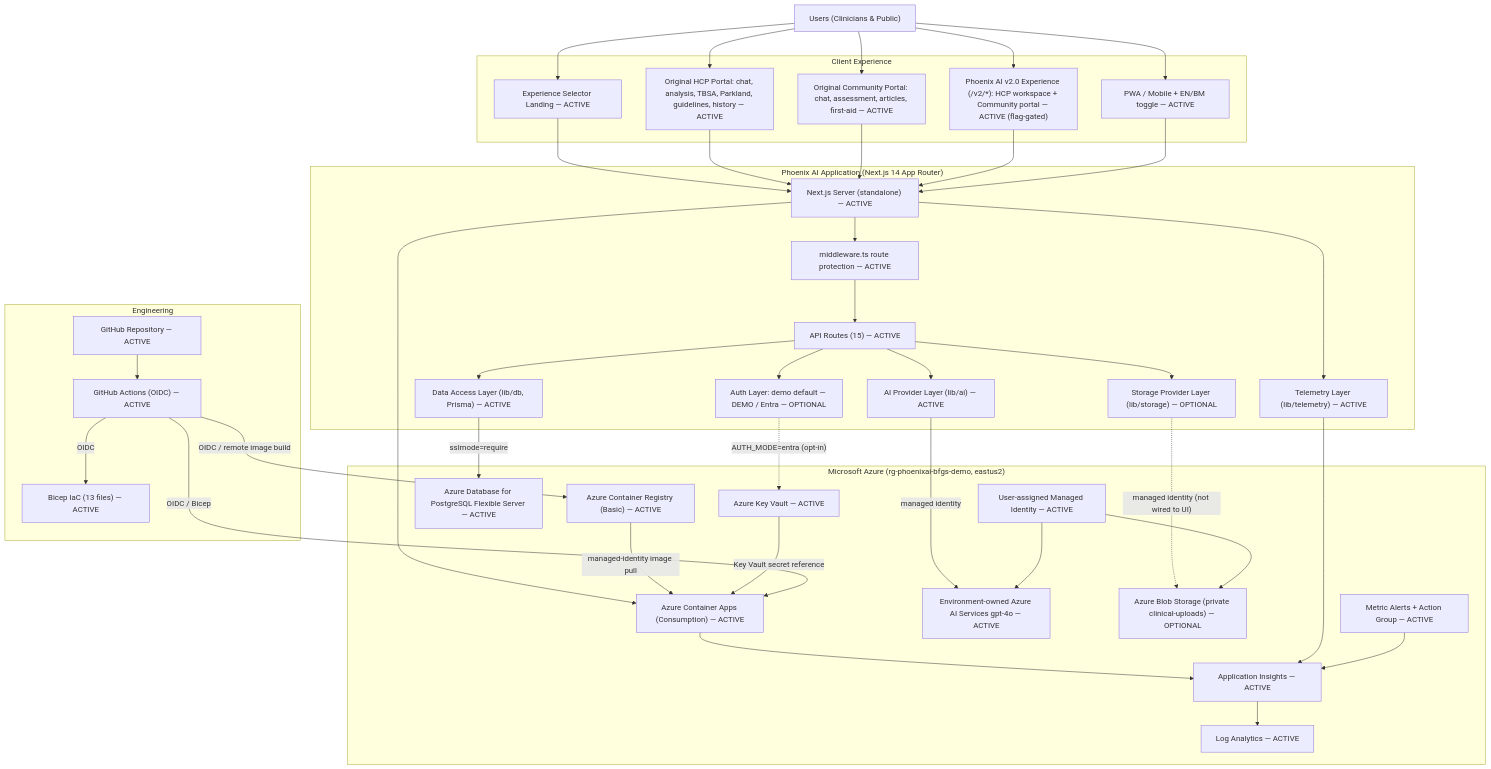
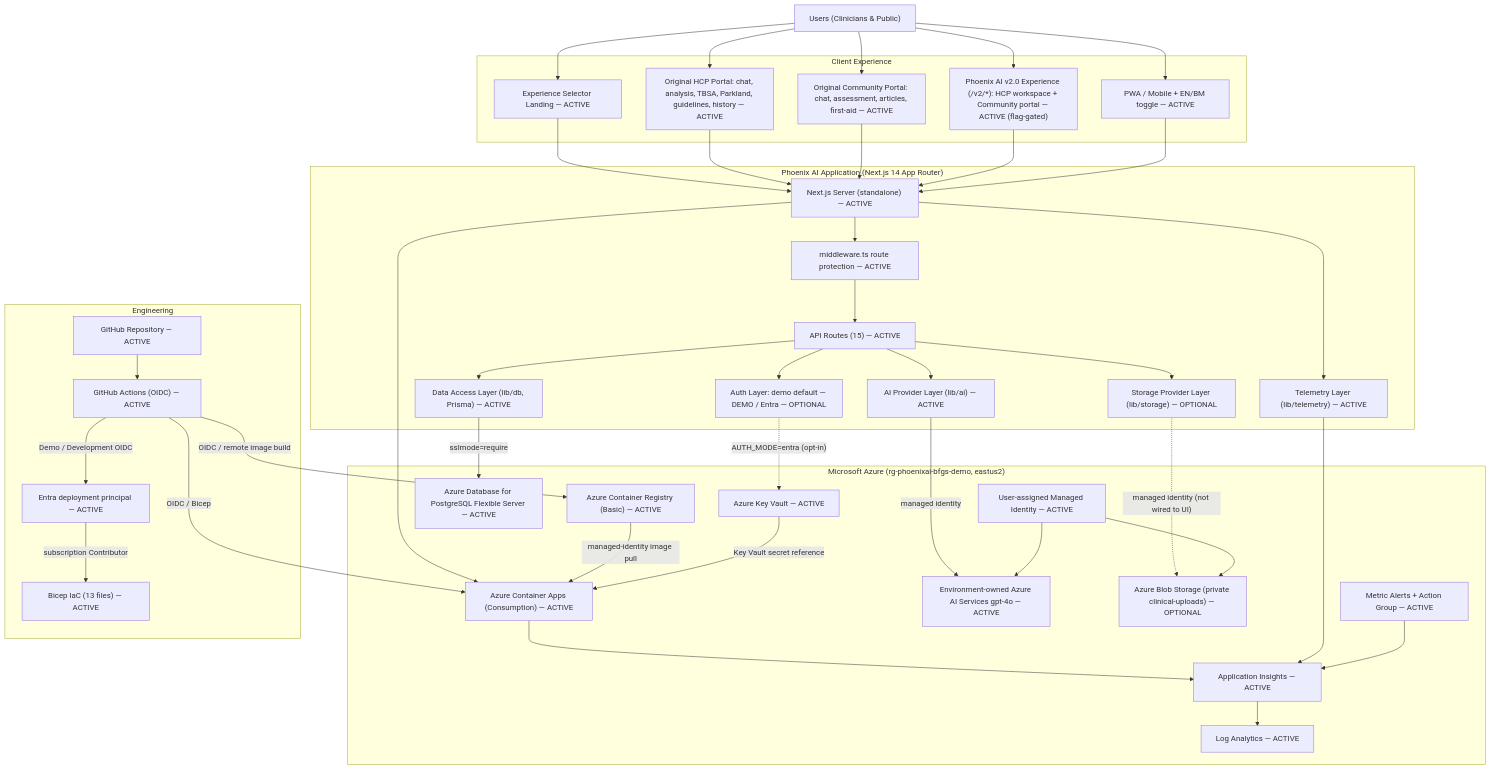
Before and after one commit to polyfuze4336-bot/phoenix-ai-azure: the diagram in docs/architecture/current-architecture.md, drawn with Mermaid. The commit also changed other lines of this file and 9 other files, not shown here.

Commit message:
docs(architecture): record GitHub OIDC deployment identity

````diff
--- a/docs/architecture/current-architecture.md
+++ b/docs/architecture/current-architecture.md
@@ -91,6 +91,7 @@
     subgraph DEVOPS["Engineering"]
         GitHub["GitHub Repository — ACTIVE"]
         Actions["GitHub Actions (OIDC) — ACTIVE"]
+        DeployIdentity["Entra deployment principal — ACTIVE"]
         Bicep["Bicep IaC (13 files) — ACTIVE"]
     end
 
@@ -130,7 +131,8 @@
     MI --> Blob
 
     GitHub --> Actions
-    Actions -->|"OIDC"| Bicep
+    Actions -->|"Demo / Development OIDC"| DeployIdentity
+    DeployIdentity -->|"subscription Contributor"| Bicep
     Actions -->|"OIDC / remote image build"| ACR
     Actions -->|"OIDC / Bicep"| ContainerApp
 ```
````
